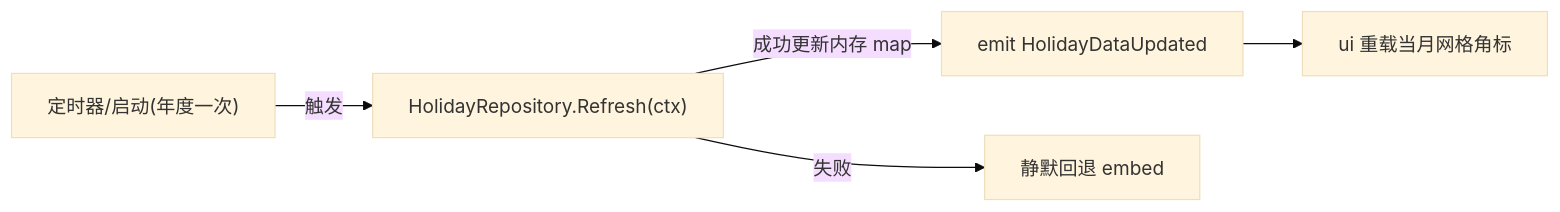
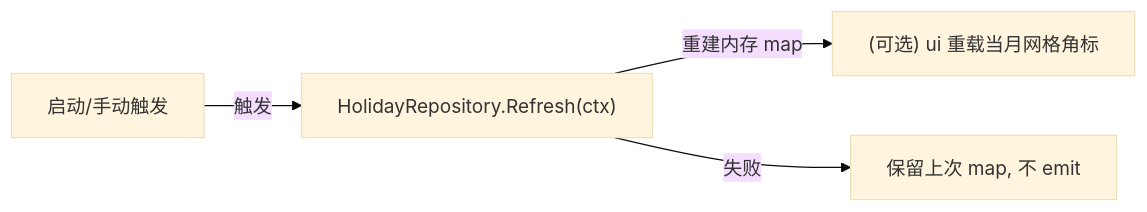
One commit to shaolei/DeskCalendar changed the third of 4 diagrams in docs/50-Calendar/Holiday.md. Above: the diagram before and after it, drawn with Mermaid (base theme). The commit also changed other lines of this file and 7 other files, not shown here.

````diff
--- a/docs/50-Calendar/Holiday.md
+++ b/docs/50-Calendar/Holiday.md
@@ -106,7 +107,6 @@
 ```mermaid
 flowchart LR
-    T["定时器/启动(年度一次)"] -->|触发| REF["HolidayRepository.Refresh(ctx)"]
-    REF -->|成功更新内存 map| SIG["emit HolidayDataUpdated"]
-    REF -->|失败| FALL["静默回退 embed"]
-    SIG --> UI["ui 重载当月网格角标"]
+    T["启动/手动触发"] -->|触发| REF["HolidayRepository.Refresh(ctx)"]
+    REF -->|重建内存 map| UI["(可选) ui 重载当月网格角标"]
+    REF -->|失败| FALL["保留上次 map, 不 emit"]
 ```
````
